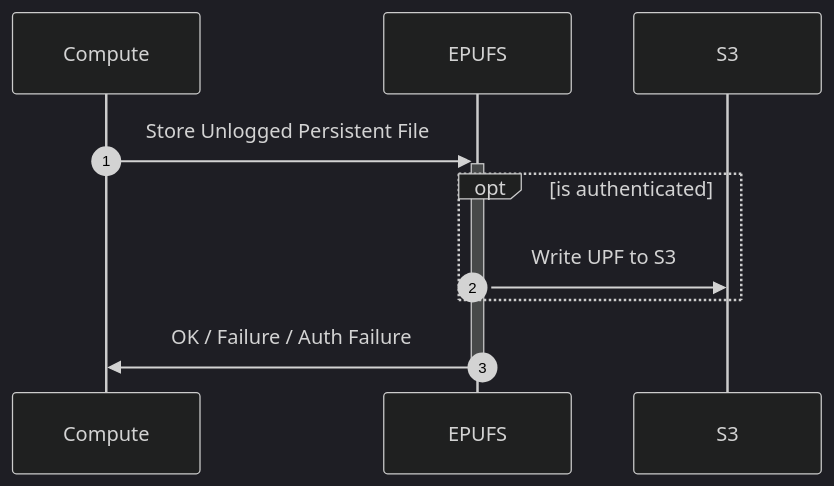
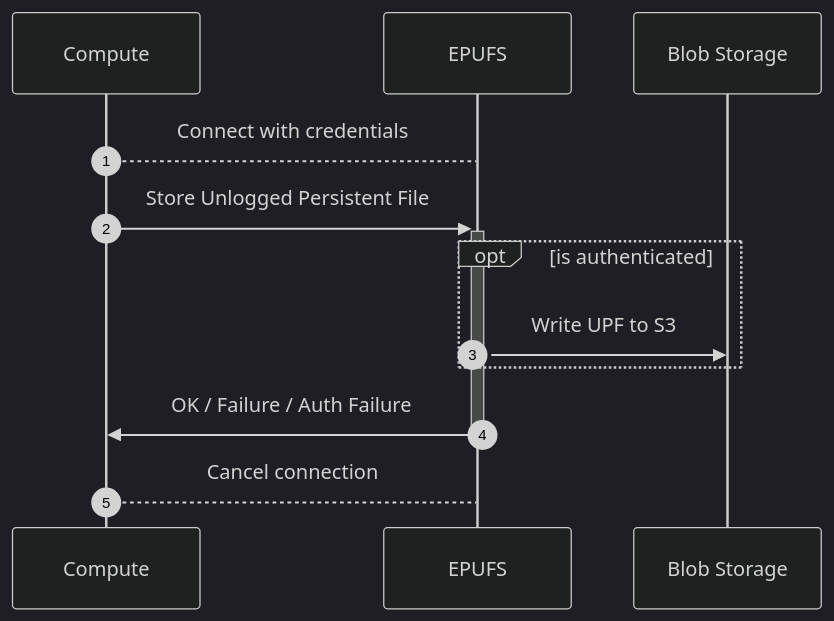
One commit to neondatabase/neon changed the first of 4 diagrams in docs/rfcs/040-Endpoint-Persistent-Unlogged-Files-Storage.md. Above: the diagram before and after it, drawn with Mermaid (dark theme). The commit also changed other lines of this file, not shown here.

````diff
--- a/docs/rfcs/040-Endpoint-Persistent-Unlogged-Files-Storage.md
+++ b/docs/rfcs/040-Endpoint-Persistent-Unlogged-Files-Storage.md
@@ -59,13 +82,15 @@
 ```mermaid
 sequenceDiagram
     autonumber
     participant co as Compute
     participant ep as EPUFS
-    participant s3 as S3
+    participant s3 as Blob Storage
 
+    co-->ep: Connect with credentials
     co->>+ep: Store Unlogged Persistent File
     opt is authenticated
         ep->>s3: Write UPF to S3
     end
     ep->>-co: OK / Failure / Auth Failure
+    co-->ep: Cancel connection
 ```
````
